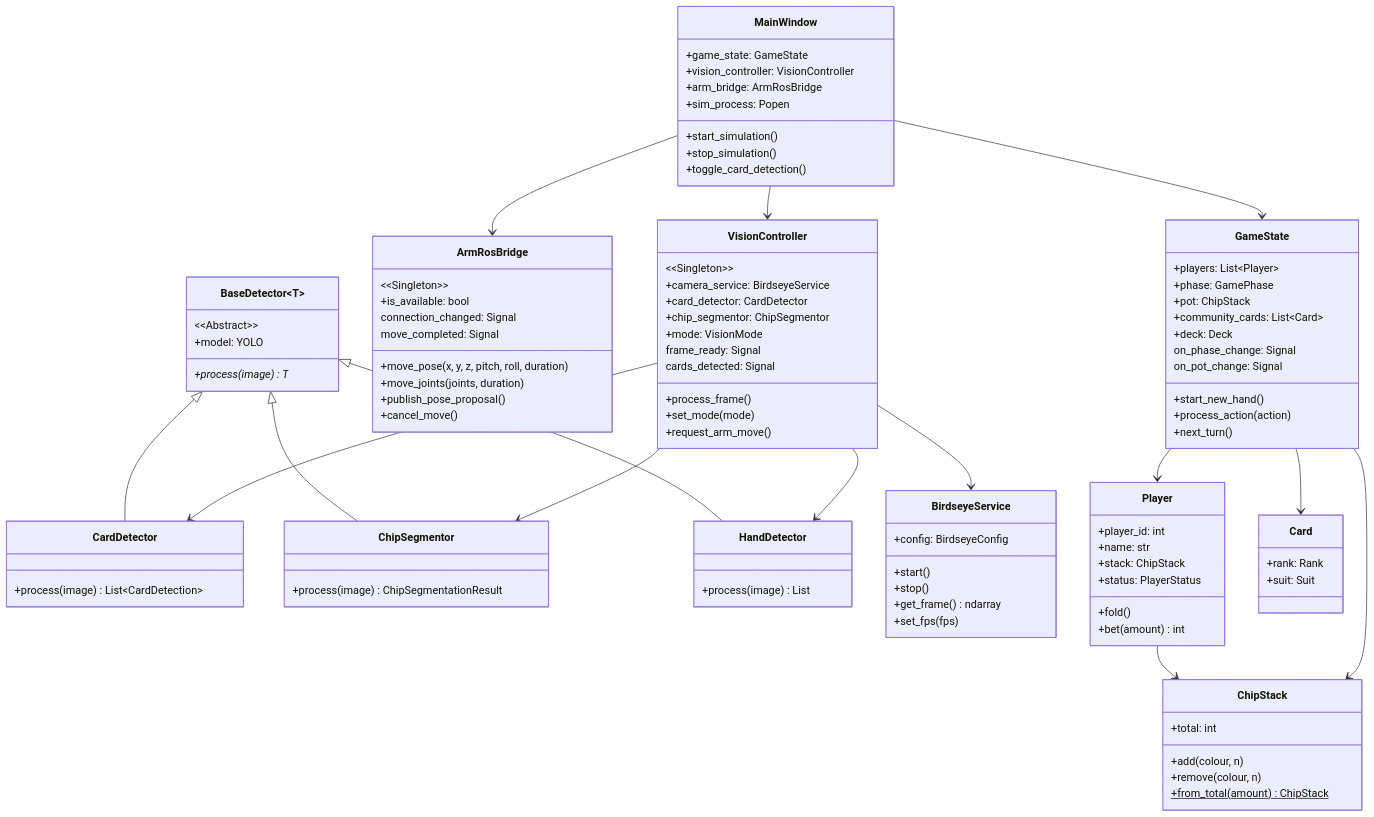
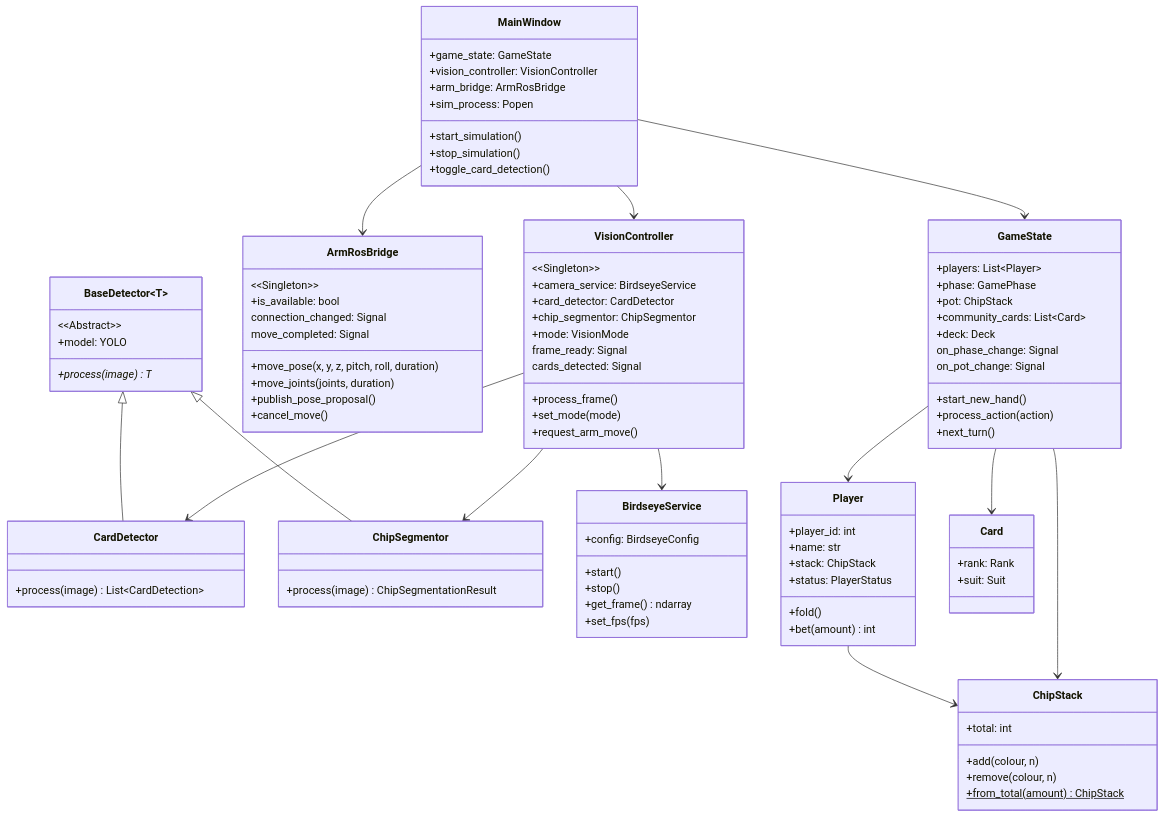
The diagram in docs/diagrams/class-relationships/class-relationships.mmd (jalliet/prap-25-26), drawn with Mermaid before and after one commit. The commit also changed 9 other files, not shown here.

Commit message:
feat: remove HandDetector, HAND_MONITORING mode, and all hand detection code

```diff
--- a/docs/diagrams/class-relationships/class-relationships.mmd
+++ b/docs/diagrams/class-relationships/class-relationships.mmd
@@ -1,109 +1,103 @@
 classDiagram
     class MainWindow {
         +game_state: GameState
         +vision_controller: VisionController
         +arm_bridge: ArmRosBridge
         +sim_process: Popen
         +start_simulation()
         +stop_simulation()
         +toggle_card_detection()
     }
 
     class VisionController {
         &lt;&lt;Singleton&gt;&gt;
         +camera_service: BirdseyeService
         +card_detector: CardDetector
         +chip_segmentor: ChipSegmentor
         +mode: VisionMode
         +process_frame()
         +set_mode(mode)
         +request_arm_move()
         frame_ready: Signal
         cards_detected: Signal
     }
 
     class ArmRosBridge {
         &lt;&lt;Singleton&gt;&gt;
         +is_available: bool
         +move_pose(x, y, z, pitch, roll, duration)
         +move_joints(joints, duration)
         +publish_pose_proposal()
         +cancel_move()
         connection_changed: Signal
         move_completed: Signal
     }
 
     class GameState {
         +players: List~Player~
         +phase: GamePhase
         +pot: ChipStack
         +community_cards: List~Card~
         +deck: Deck
         +start_new_hand()
         +process_action(action)
         +next_turn()
         on_phase_change: Signal
         on_pot_change: Signal
     }
 
     class BaseDetector~T~ {
         &lt;&lt;Abstract&gt;&gt;
         +model: YOLO
         +process(image)* T
     }
 
     class CardDetector {
         +process(image) List~CardDetection~
     }
 
     class ChipSegmentor {
         +process(image) ChipSegmentationResult
     }
 
-    class HandDetector {
-        +process(image) List
-    }
-
     class BirdseyeService {
         +config: BirdseyeConfig
         +start()
         +stop()
         +get_frame() ndarray
         +set_fps(fps)
     }
 
     class Player {
         +player_id: int
         +name: str
         +stack: ChipStack
         +status: PlayerStatus
         +fold()
         +bet(amount) int
     }
 
     class ChipStack {
         +total: int
         +add(colour, n)
         +remove(colour, n)
         +from_total(amount)$ ChipStack
     }
 
     class Card {
         +rank: Rank
         +suit: Suit
     }
 
     MainWindow --> VisionController
     MainWindow --> ArmRosBridge
     MainWindow --> GameState
     VisionController --> BirdseyeService
     VisionController --> CardDetector
     VisionController --> ChipSegmentor
-    VisionController --> HandDetector
     BaseDetector <|-- CardDetector
     BaseDetector <|-- ChipSegmentor
-    BaseDetector <|-- HandDetector
     GameState --> Player
     GameState --> Card
     GameState --> ChipStack
     Player --> ChipStack
```
